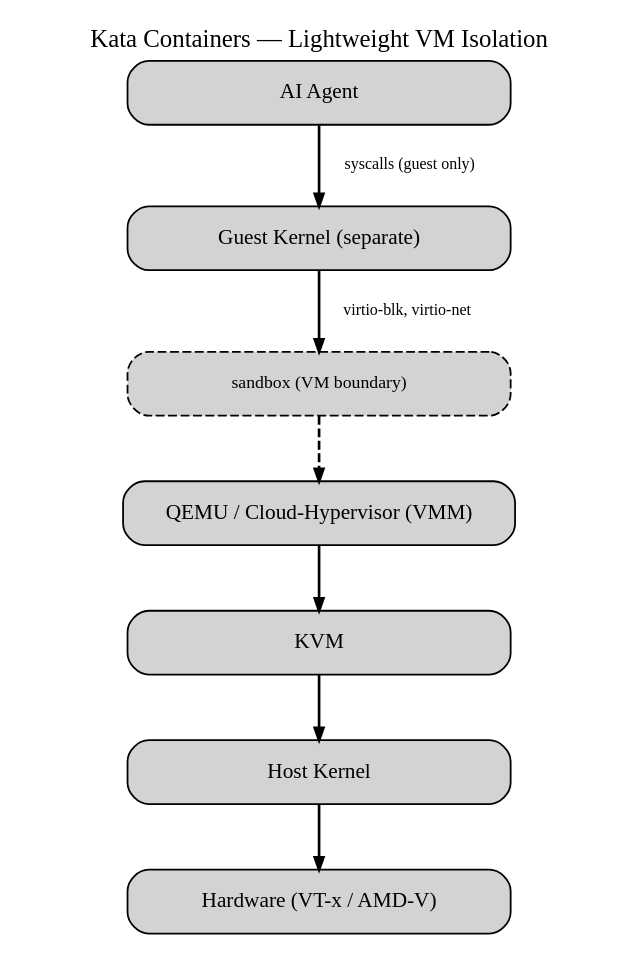
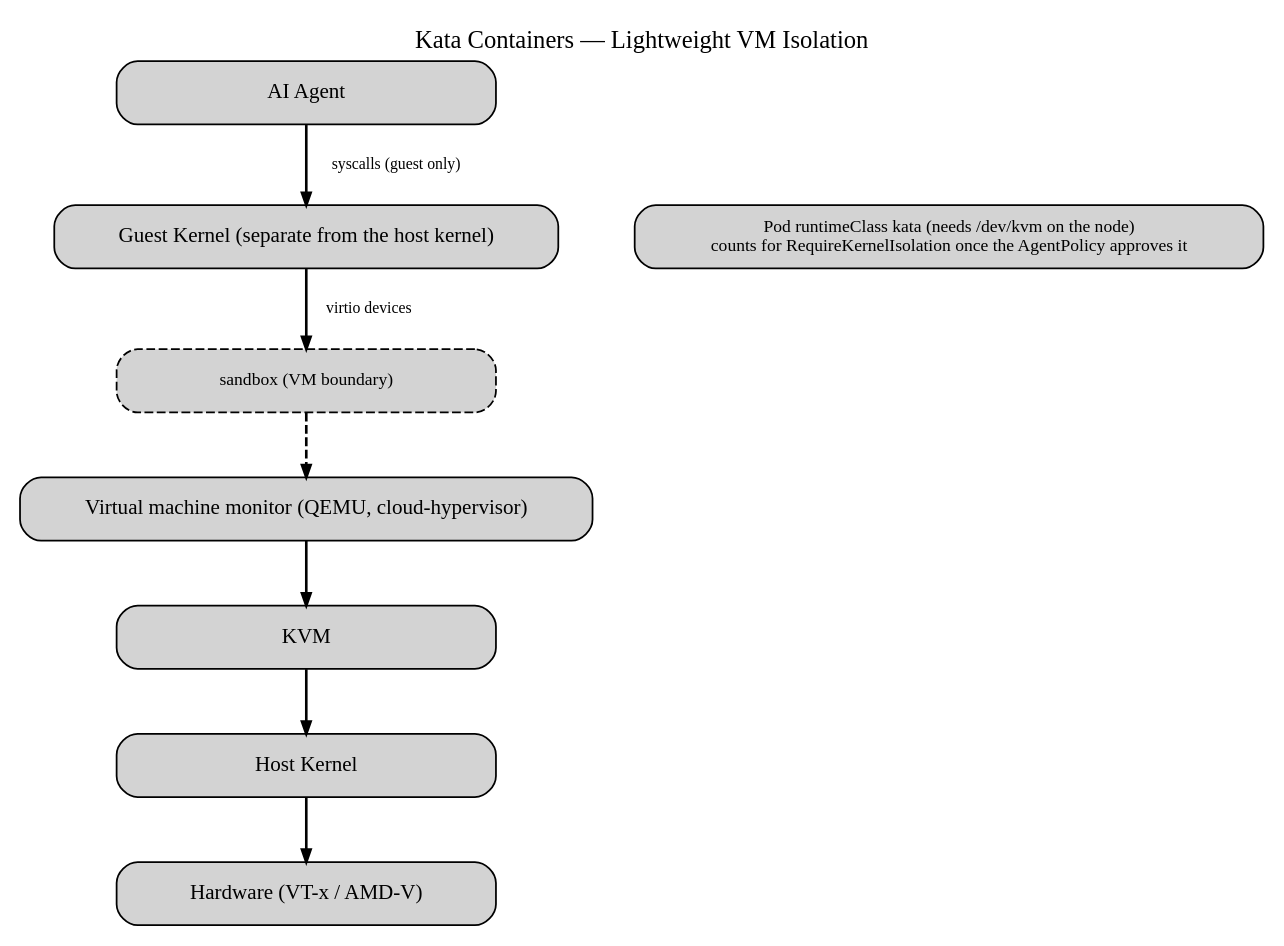
One commit to xonovex/platform changed the diagram in packages/asset/asset-diagrams/06-kata.dot. Above: the diagram before and after it, drawn with Graphviz. The commit also changed 27 other files, not shown here.

Commit message:
docs(asset-diagrams): correct the sandbox diagrams against the code and add seatbelt, docker-sandboxes and openshell

```diff
--- a/packages/asset/asset-diagrams/06-kata.dot
+++ b/packages/asset/asset-diagrams/06-kata.dot
@@ -1,29 +1,33 @@
 digraph Kata {
   rankdir=TB;
   splines=false;
   nodesep=0.3;
   ranksep=0.5;
   margin=0.3;
 
   node [shape=box, style="rounded,filled", fontsize=12, width=3, height=0.5];
   edge [fontsize=9, penwidth=1.5, arrowsize=0.7];
 
   label="Kata Containers — Lightweight VM Isolation";
   labelloc=t;
   fontsize=14;
 
   agent [label="AI Agent", role="actor"];
-  guest [label="Guest Kernel (separate)"];
+  guest [label="Guest Kernel (separate from the host kernel)"];
   sb [label="sandbox (VM boundary)", role="risk", style="rounded,filled,dashed", fontsize=10];
-  vmm [label="QEMU / Cloud-Hypervisor (VMM)"];
+  vmm [label="Virtual machine monitor (QEMU, cloud-hypervisor)"];
   kvm [label="KVM"];
   kernel [label="Host Kernel", role="strong"];
   hw [label="Hardware (VT-x / AMD-V)", role="panel"];
+  pod [label="Pod runtimeClass kata (needs /dev/kvm on the node)\ncounts for RequireKernelIsolation once the AgentPolicy approves it", role="note", fontsize=10];
 
   agent -> guest [label="  syscalls (guest only)"];
-  guest -> sb [label="  virtio-blk, virtio-net"];
+  guest -> sb [label="  virtio devices"];
   sb -> vmm [role="risk", style=dashed];
   vmm -> kvm;
   kvm -> kernel;
   kernel -> hw;
+
+  { rank=same; guest; pod; }
+  guest -> pod [style=invis];
 }
```
